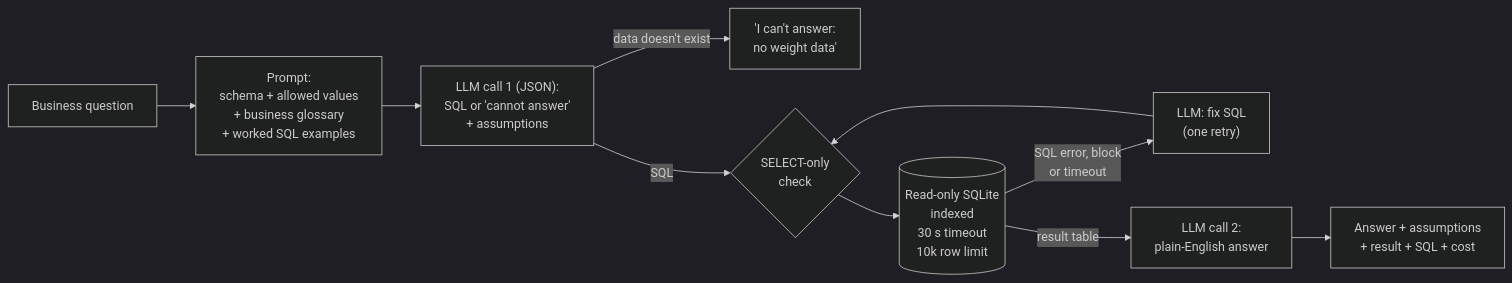
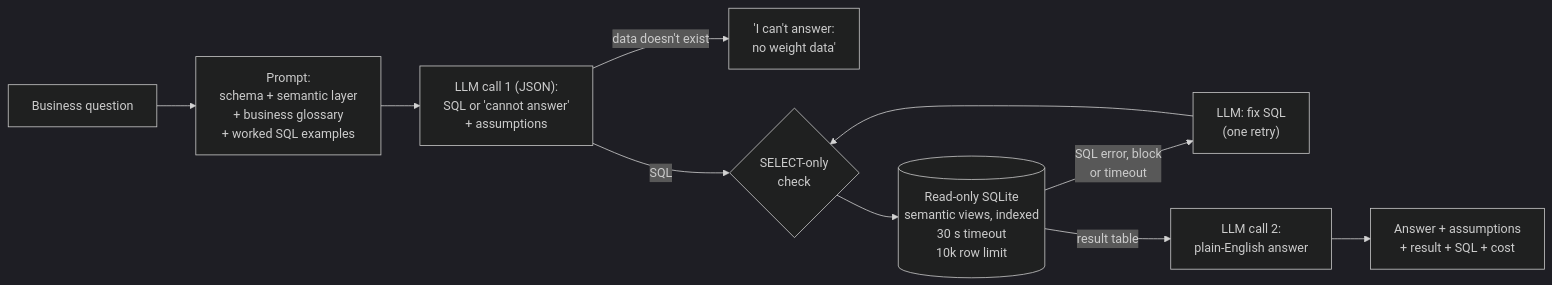
One commit to siddhartha2312/logistics-ops-copilot changed the diagram in README.md. Above: the diagram before and after it, drawn with Mermaid (dark theme). The commit also changed other lines of this file and 10 other files, not shown here.

Commit message:
v3: semantic layer (4 tested views); AI writes 71% fewer joins

````diff
--- a/README.md
+++ b/README.md
@@ -53,12 +53,12 @@
 ```mermaid
 flowchart LR
-    Q["Business question"] --> P["Prompt:<br/>schema + allowed values<br/>+ business glossary<br/>+ worked SQL examples"]
+    Q["Business question"] --> P["Prompt:<br/>schema + semantic layer<br/>+ business glossary<br/>+ worked SQL examples"]
     P --> L1["LLM call 1 (JSON):<br/>SQL or 'cannot answer'<br/>+ assumptions"]
     L1 -->|"data doesn't exist"| NO["'I can't answer:<br/>no weight data'"]
     L1 -->|SQL| G{"SELECT-only<br/>check"}
-    G --> DB[("Read-only SQLite<br/>indexed<br/>30 s timeout<br/>10k row limit")]
+    G --> DB[("Read-only SQLite<br/>semantic views, indexed<br/>30 s timeout<br/>10k row limit")]
     DB -->|"SQL error, block<br/>or timeout"| FIX["LLM: fix SQL<br/>(one retry)"]
     FIX --> G
     DB -->|"result table"| L2["LLM call 2:<br/>plain-English answer"]
     L2 --> A["Answer + assumptions<br/>+ result + SQL + cost"]
 ```
````
